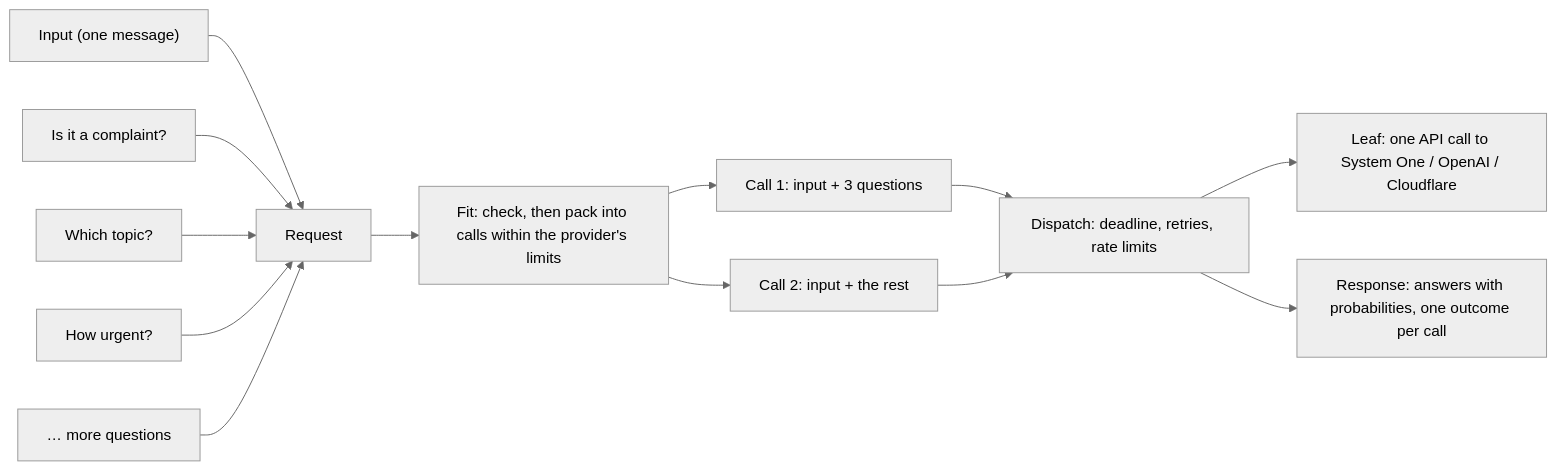
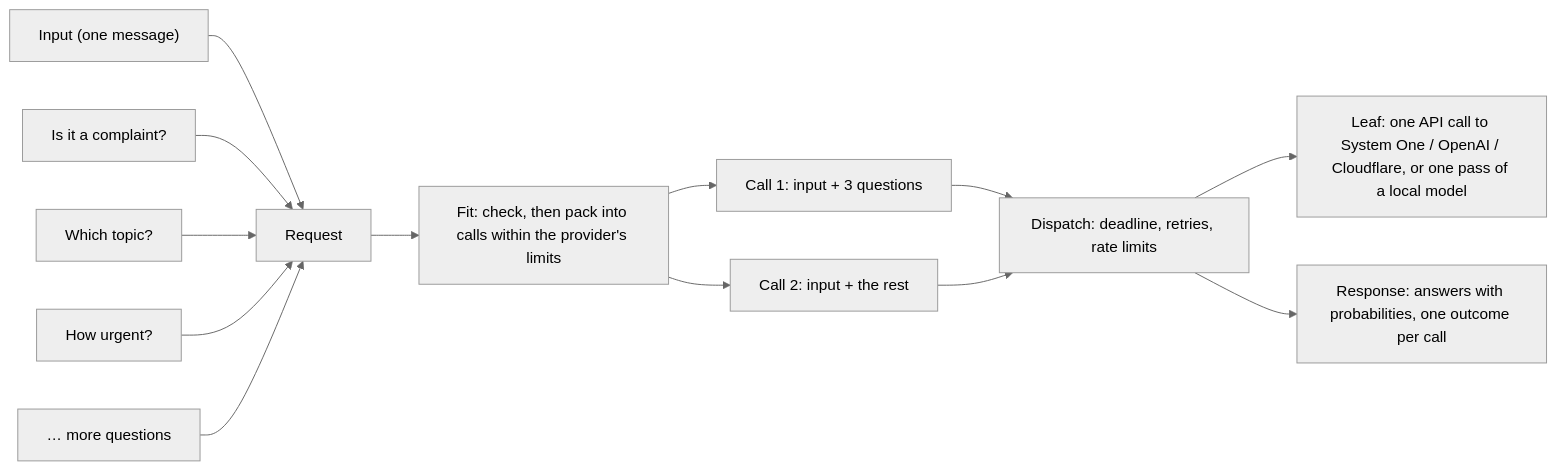
One commit to CRSiegfried/idia changed the diagram in README.md. Above: the diagram before and after it, drawn with Mermaid (neutral theme). The commit also changed other lines of this file and 8 other files, not shown here.

````diff
--- a/README.md
+++ b/README.md
@@ -25,15 +25,15 @@
 ```mermaid
 flowchart LR
   S["Input (one message)"] --> R["Request"]
   Q1["Is it a complaint?"] --> R
   Q2["Which topic?"] --> R
   Q3["How urgent?"] --> R
   Qn["… more questions"] --> R
   R --> F["Fit: check, then pack into calls within the provider's limits"]
   F --> C1["Call 1: input + 3 questions"]
   F --> C2["Call 2: input + the rest"]
   C1 --> D["Dispatch: deadline, retries, rate limits"]
   C2 --> D
-  D --> P["Leaf: one API call to System One / OpenAI / Cloudflare"]
+  D --> P["Leaf: one API call to System One / OpenAI / Cloudflare, or one pass of a local model"]
   D --> A["Response: answers with probabilities, one outcome per call"]
 ```
````
